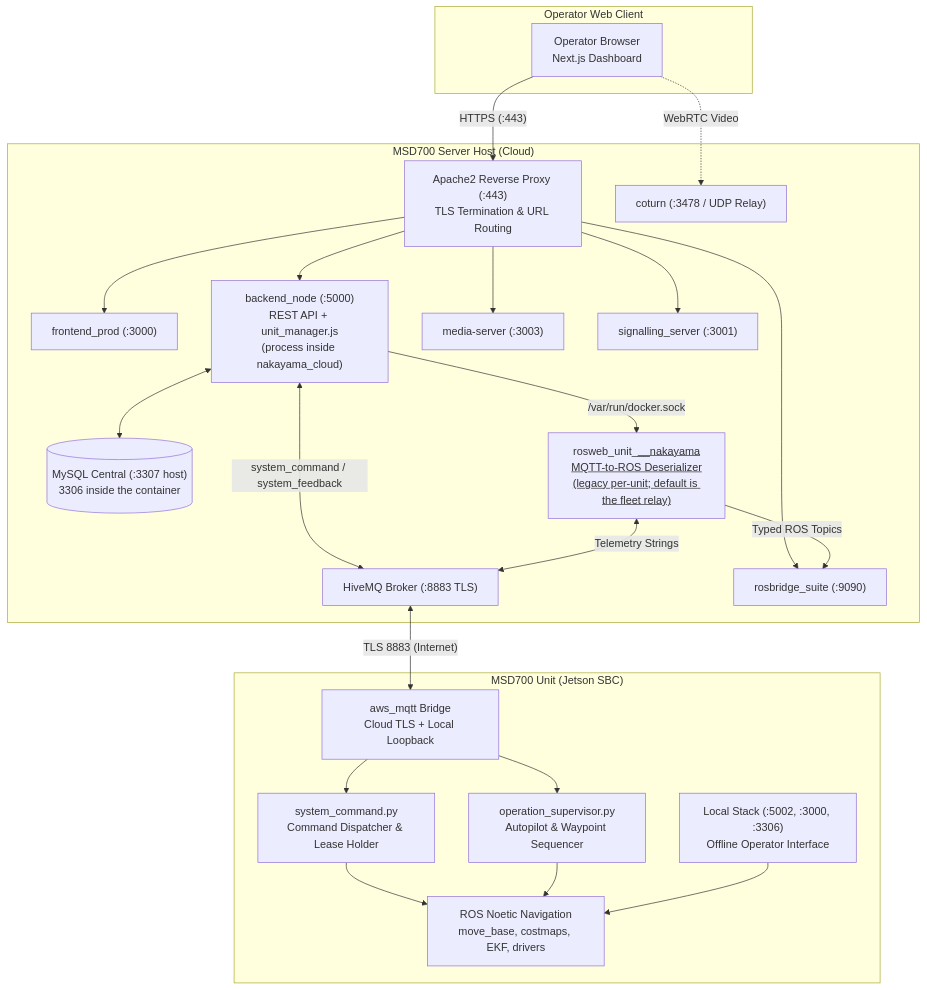
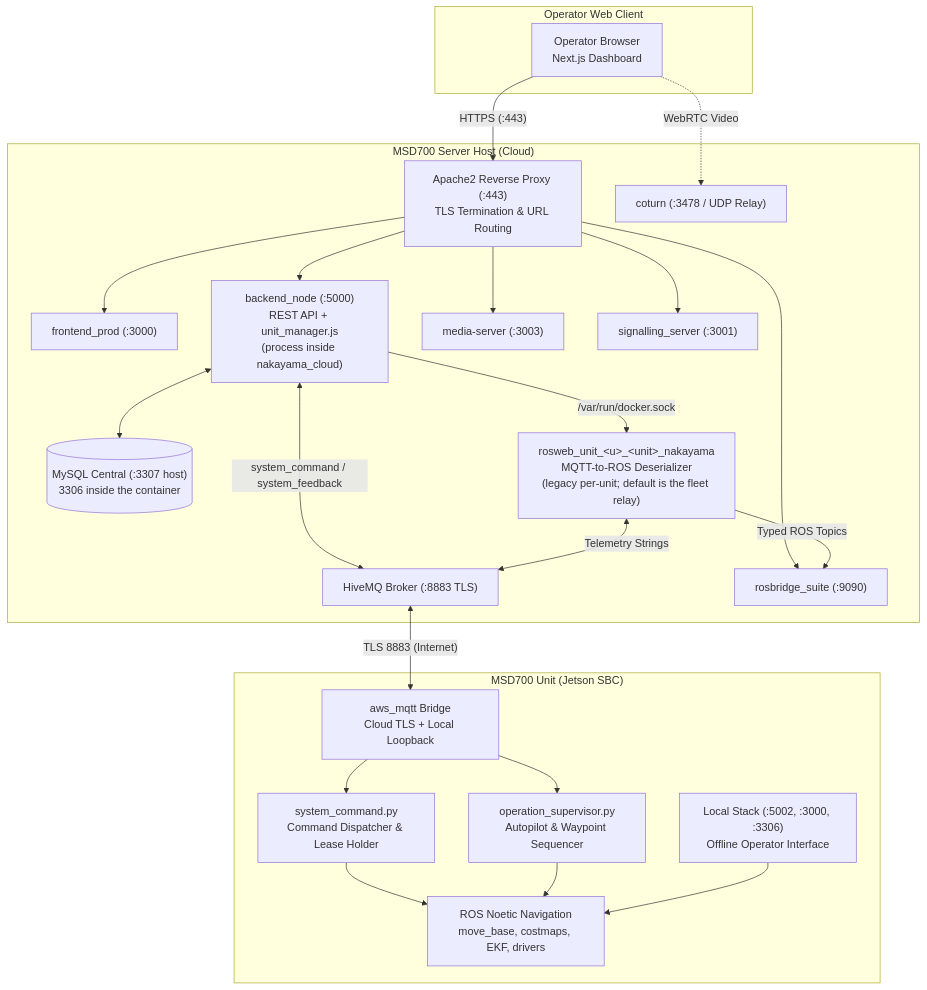
One commit to itbdelaboprogramming/msd700_documentation changed the first of 7 diagrams in docs/development/architecture.md. Above: the diagram before and after it, drawn with Mermaid. The commit also changed other lines of this file and 148 other files, not shown here.

First line of the commit message:
docs: render all mermaid diagrams to static draw.io-style PNGs

````diff
--- a/docs/development/architecture.md
+++ b/docs/development/architecture.md
@@ -51,49 +51,49 @@
 ```mermaid
 flowchart TB
   subgraph Client["Operator Web Client"]
     BROWSER["Operator Browser<br/>Next.js Dashboard"]
   end
 
   subgraph ServerHost["MSD700 Server Host (Cloud)"]
     APACHE["Apache2 Reverse Proxy (:443)<br/>TLS Termination & URL Routing"]
     FE_PROD["frontend_prod (:3000)"]
     BE_PROD["backend_node (:5000)<br/>REST API + unit_manager.js<br/>(process inside nakayama_cloud)"]
     DB_PROD[("MySQL Central (:3307 host)<br/>3306 inside the container")]
     HIVEMQ["HiveMQ Broker (:8883 TLS)"]
     ROSBRIDGE["rosbridge_suite (:9090)"]
     MEDIA["media-server (:3003)"]
     SIG["signalling_server (:3001)"]
     COTURN["coturn (:3478 / UDP Relay)"]
-    UNIT_RELAY["rosweb_unit_<u>_<unit>_nakayama<br/>MQTT-to-ROS Deserializer<br/>(legacy per-unit; default is the fleet relay)"]
+    UNIT_RELAY["rosweb_unit_#lt;u#gt;_#lt;unit#gt;_nakayama<br/>MQTT-to-ROS Deserializer<br/>(legacy per-unit; default is the fleet relay)"]
   end
 
   subgraph UnitHost["MSD700 Unit (Jetson SBC)"]
     MQTT_BRIDGE["aws_mqtt Bridge<br/>Cloud TLS + Local Loopback"]
     SYS_CMD["system_command.py<br/>Command Dispatcher & Lease Holder"]
     OP_SUP["operation_supervisor.py<br/>Autopilot & Waypoint Sequencer"]
     ROS_NAV["ROS Noetic Navigation<br/>move_base, costmaps, EKF, drivers"]
     LOCAL_STACK["Local Stack (:5002, :3000, :3306)<br/>Offline Operator Interface"]
   end
 
   BROWSER -->|"HTTPS (:443)"| APACHE
   APACHE --> FE_PROD
   APACHE --> BE_PROD
   APACHE --> ROSBRIDGE
   APACHE --> MEDIA
   APACHE --> SIG
   BROWSER -.->|"WebRTC Video"| COTURN
 
   BE_PROD <--> DB_PROD
   BE_PROD -->|"/var/run/docker.sock"| UNIT_RELAY
   BE_PROD <-->|"system_command / system_feedback"| HIVEMQ
 
   HIVEMQ <-->|"TLS 8883 (Internet)"| MQTT_BRIDGE
   UNIT_RELAY <-->|"Telemetry Strings"| HIVEMQ
   UNIT_RELAY -->|"Typed ROS Topics"| ROSBRIDGE
 
   MQTT_BRIDGE --> SYS_CMD
   MQTT_BRIDGE --> OP_SUP
   SYS_CMD --> ROS_NAV
   OP_SUP --> ROS_NAV
   LOCAL_STACK --> ROS_NAV
 ```
````
